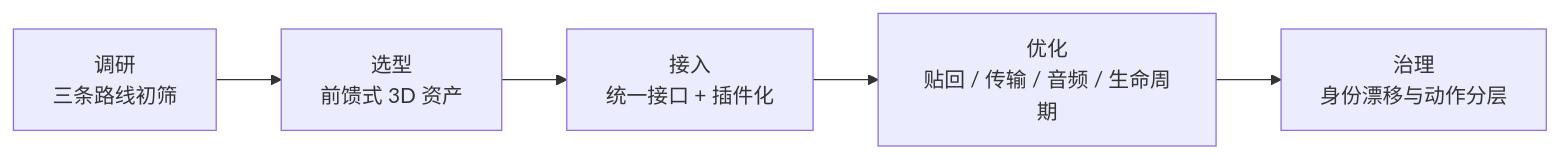
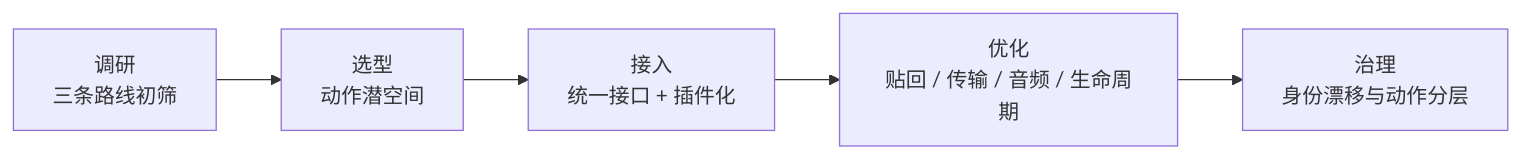
The second of 3 diagrams in management/docs/数字人概述/汇报稿.md (gongshangzheng/digital-human), drawn with Mermaid before and after one commit. The commit also changed other lines of this file and 1 other file, not shown here.

````diff
--- a/management/docs/数字人概述/汇报稿.md
+++ b/management/docs/数字人概述/汇报稿.md
@@ -89,4 +89,4 @@
 ```mermaid
 flowchart LR
-    A["调研<br/>三条路线初筛"] --> B["选型<br/>前馈式 3D 资产"] --> C["接入<br/>统一接口 + 插件化"] --> D["优化<br/>贴回 / 传输 / 音频 / 生命周期"] --> E["治理<br/>身份漂移与动作分层"]
+    A["调研<br/>三条路线初筛"] --> B["选型<br/>动作潜空间"] --> C["接入<br/>统一接口 + 插件化"] --> D["优化<br/>贴回 / 传输 / 音频 / 生命周期"] --> E["治理<br/>身份漂移与动作分层"]
 ```
````
